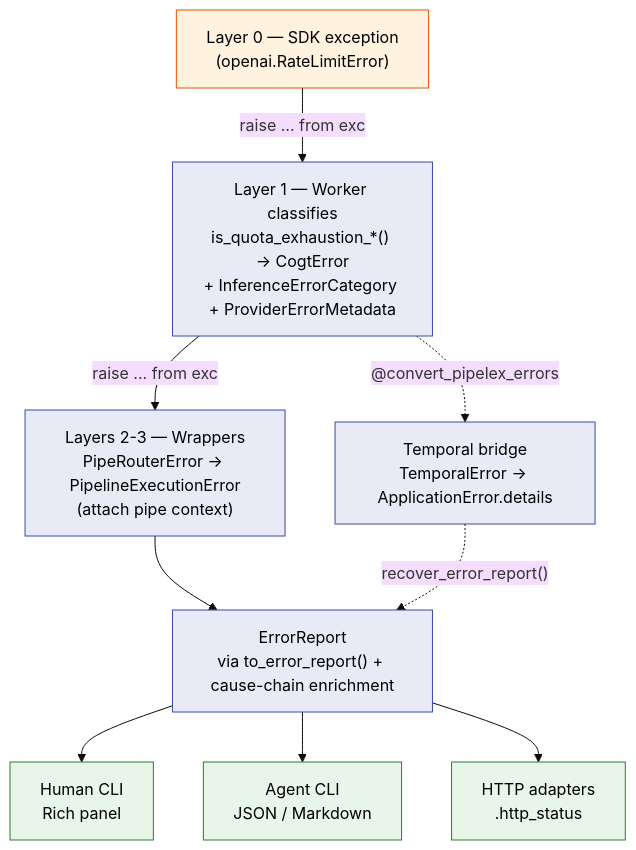
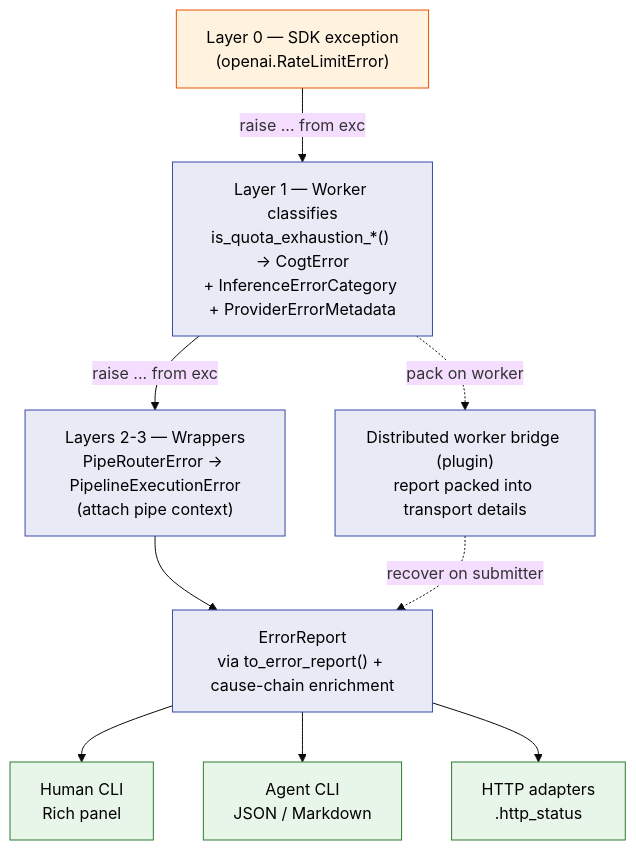
One commit to Pipelex/pipelex changed the diagram in docs/under-the-hood/error-model.md. Above: the diagram before and after it, drawn with Mermaid (base theme). The commit also changed other lines of this file and 14 other files, not shown here.

````diff
--- a/docs/under-the-hood/error-model.md
+++ b/docs/under-the-hood/error-model.md
@@ -342,25 +310,25 @@
 ```mermaid
 flowchart TB
     SDK["Layer 0 — SDK exception<br/>(openai.RateLimitError)"]
     W["Layer 1 — Worker classifies<br/>is_quota_exhaustion_*() → CogtError<br/>+ InferenceErrorCategory + ProviderErrorMetadata"]
     WRAP["Layers 2-3 — Wrappers<br/>PipeRouterError → PipelineExecutionError<br/>(attach pipe context)"]
     REPORT["ErrorReport<br/>via to_error_report() + cause-chain enrichment"]
 
     SDK -->|"raise ... from exc"| W
     W -->|"raise ... from exc"| WRAP
     WRAP --> REPORT
 
     REPORT --> RICH["Human CLI<br/>Rich panel"]
     REPORT --> AGENT["Agent CLI<br/>JSON / Markdown"]
     REPORT --> HTTP["HTTP adapters<br/>.http_status"]
 
-    W -.->|"@convert_pipelex_errors"| TEMP["Temporal bridge<br/>TemporalError → ApplicationError.details"]
-    TEMP -.->|"recover_error_report()"| REPORT
+    W -.->|"pack on worker"| TEMP["Distributed worker bridge (plugin)<br/>report packed into transport details"]
+    TEMP -.->|"recover on submitter"| REPORT
 
     classDef src fill:#fff3e0,stroke:#e65100,color:#000
     classDef cls fill:#e8eaf6,stroke:#3949ab,color:#000
     classDef out fill:#e8f5e9,stroke:#2e7d32,color:#000
     class SDK src
     class W,WRAP,REPORT,TEMP cls
     class RICH,AGENT,HTTP out
 ```
````
